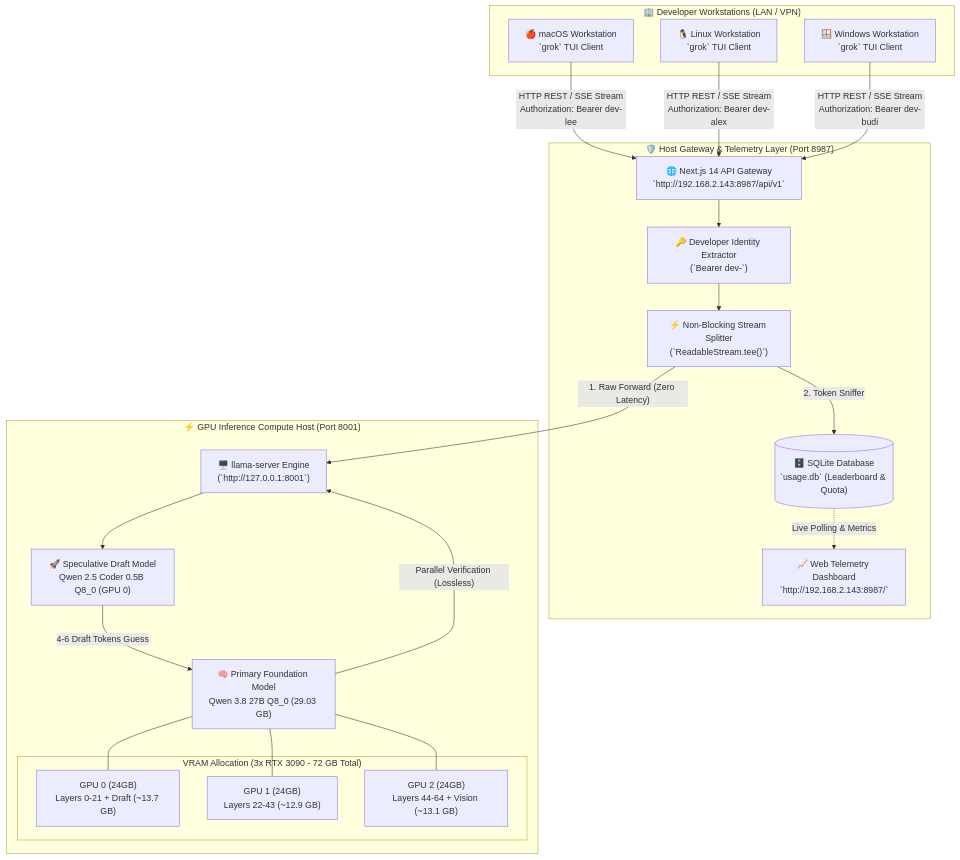
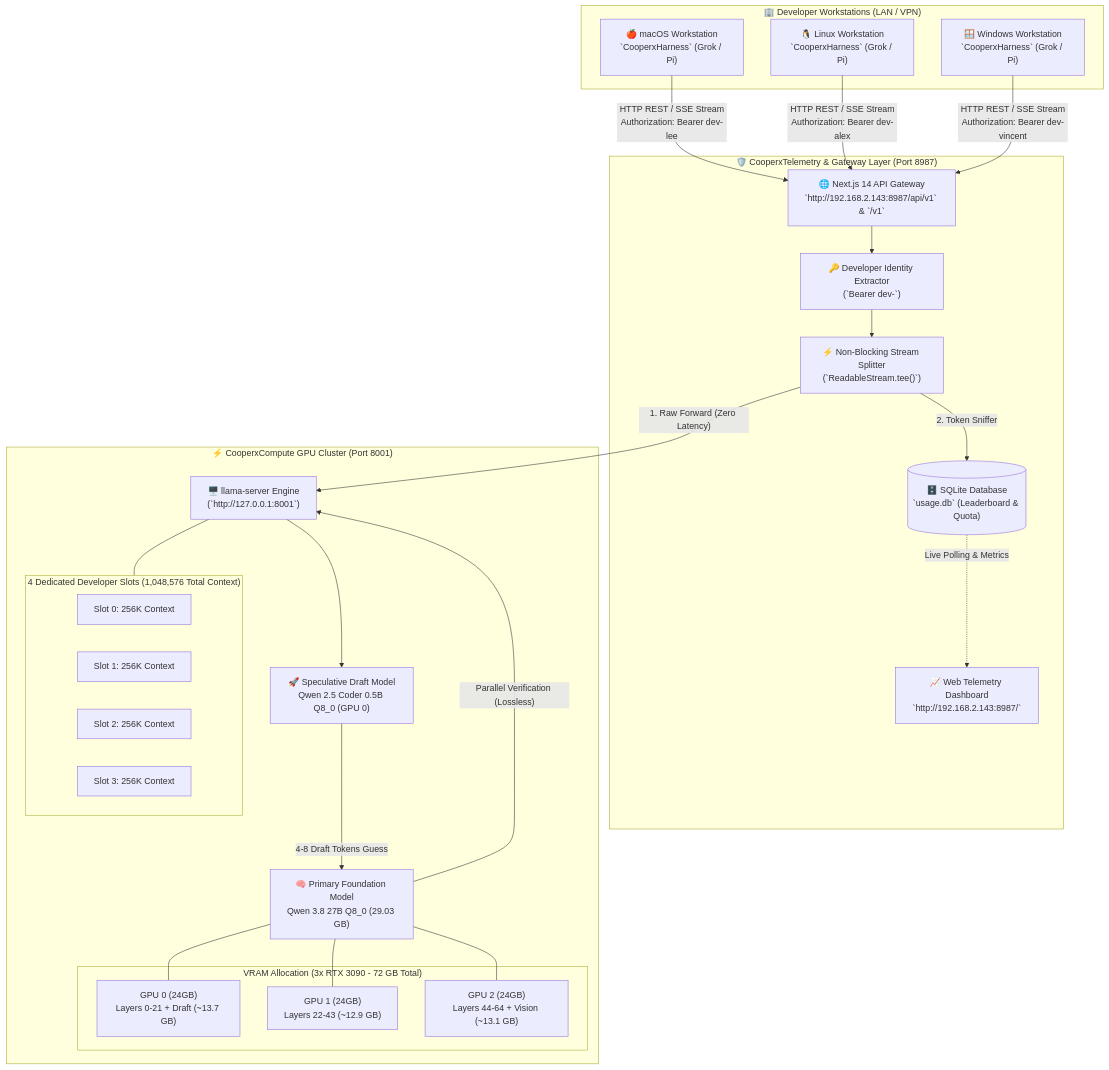
Before and after one commit to LyKhan77/grok-x-team-byLee: the diagram in ARCHITECTURE.md, drawn with Mermaid. The commit also changed other lines of this file and 10 other files, not shown here.

Commit message:
feat(cooperagent): implement CooperAgent branding, CooperxCompute 4x256K, CooperxMemory harness, and CooperxHarness Pi Agent

````diff
--- a/ARCHITECTURE.md
+++ b/ARCHITECTURE.md
@@ -16,45 +16,53 @@
 ```mermaid
 graph TD
     subgraph DEV_WORKSTATIONS ["🏢 Developer Workstations (LAN / VPN)"]
-        D1["🍎 macOS Workstation<br/>`grok` TUI Client"]
-        D2["🐧 Linux Workstation<br/>`grok` TUI Client"]
-        D3["🪟 Windows Workstation<br/>`grok` TUI Client"]
+        D1["🍎 macOS Workstation<br/>`CooperxHarness` (Grok / Pi)"]
+        D2["🐧 Linux Workstation<br/>`CooperxHarness` (Grok / Pi)"]
+        D3["🪟 Windows Workstation<br/>`CooperxHarness` (Grok / Pi)"]
     end
 
-    subgraph HOST_GATEWAY ["🛡️ Host Gateway & Telemetry Layer (Port 8987)"]
-        GW["🌐 Next.js 14 API Gateway<br/>`http://192.168.2.143:8987/api/v1`"]
+    subgraph COOPERX_TELEMETRY ["🛡️ CooperxTelemetry & Gateway Layer (Port 8987)"]
+        GW["🌐 Next.js 14 API Gateway<br/>`http://192.168.2.143:8987/api/v1` & `/v1`"]
         AUTH["🔑 Developer Identity Extractor<br/>(`Bearer dev-<nickname>`)"]
         TEE["⚡ Non-Blocking Stream Splitter<br/>(`ReadableStream.tee()`)"]
         DB[("🗄️ SQLite Database<br/>`usage.db` (Leaderboard & Quota)")]
         DASH["📈 Web Telemetry Dashboard<br/>`http://192.168.2.143:8987/`"]
     end
 
-    subgraph GPU_CLUSTER ["⚡ GPU Inference Compute Host (Port 8001)"]
+    subgraph COOPERX_COMPUTE ["⚡ CooperxCompute GPU Cluster (Port 8001)"]
         LS["🖥️ llama-server Engine<br/>(`http://127.0.0.1:8001`)"]
         DRAFT["🚀 Speculative Draft Model<br/>Qwen 2.5 Coder 0.5B Q8_0 (GPU 0)"]
         PRIMARY["🧠 Primary Foundation Model<br/>Qwen 3.8 27B Q8_0 (29.03 GB)"]
         
         subgraph VRAM_DISTRIBUTION ["VRAM Allocation (3x RTX 3090 - 72 GB Total)"]
             GPU0["GPU 0 (24GB)<br/>Layers 0-21 + Draft (~13.7 GB)"]
             GPU1["GPU 1 (24GB)<br/>Layers 22-43 (~12.9 GB)"]
             GPU2["GPU 2 (24GB)<br/>Layers 44-64 + Vision (~13.1 GB)"]
         end
+
+        subgraph SLOTS_MAP ["4 Dedicated Developer Slots (1,048,576 Total Context)"]
+            SLOT0["Slot 0: 256K Context"]
+            SLOT1["Slot 1: 256K Context"]
+            SLOT2["Slot 2: 256K Context"]
+            SLOT3["Slot 3: 256K Context"]
+        end
     end
 
     D1 -->|"HTTP REST / SSE Stream<br/>Authorization: Bearer dev-lee"| GW
     D2 -->|"HTTP REST / SSE Stream<br/>Authorization: Bearer dev-alex"| GW
-    D3 -->|"HTTP REST / SSE Stream<br/>Authorization: Bearer dev-budi"| GW
+    D3 -->|"HTTP REST / SSE Stream<br/>Authorization: Bearer dev-vincent"| GW
 
     GW --> AUTH
     AUTH --> TEE
     TEE -->|"1. Raw Forward (Zero Latency)"| LS
     TEE -->|"2. Token Sniffer"| DB
     DB -.->|"Live Polling & Metrics"| DASH
 
     LS --> DRAFT
-    DRAFT -->|"4-6 Draft Tokens Guess"| PRIMARY
+    DRAFT -->|"4-8 Draft Tokens Guess"| PRIMARY
     PRIMARY -->|"Parallel Verification (Lossless)"| LS
     PRIMARY --- GPU0
     PRIMARY --- GPU1
     PRIMARY --- GPU2
+    LS --- SLOTS_MAP
 ```
````
